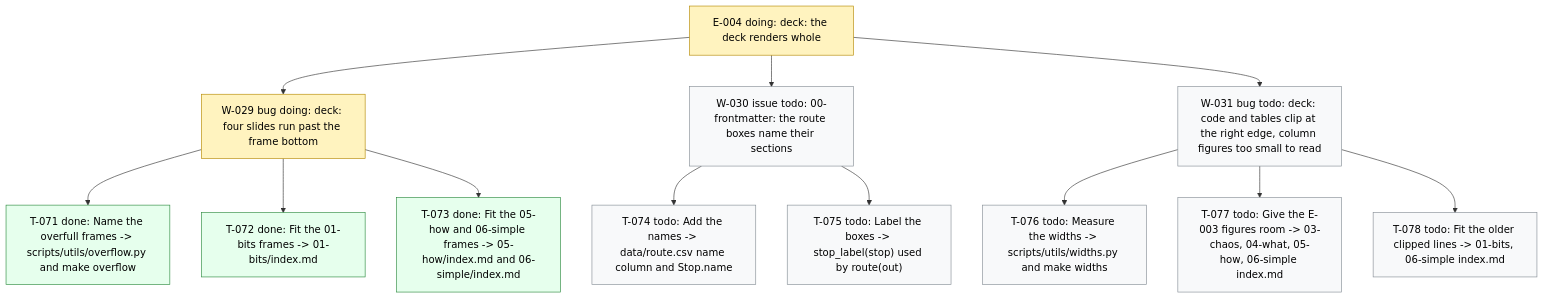
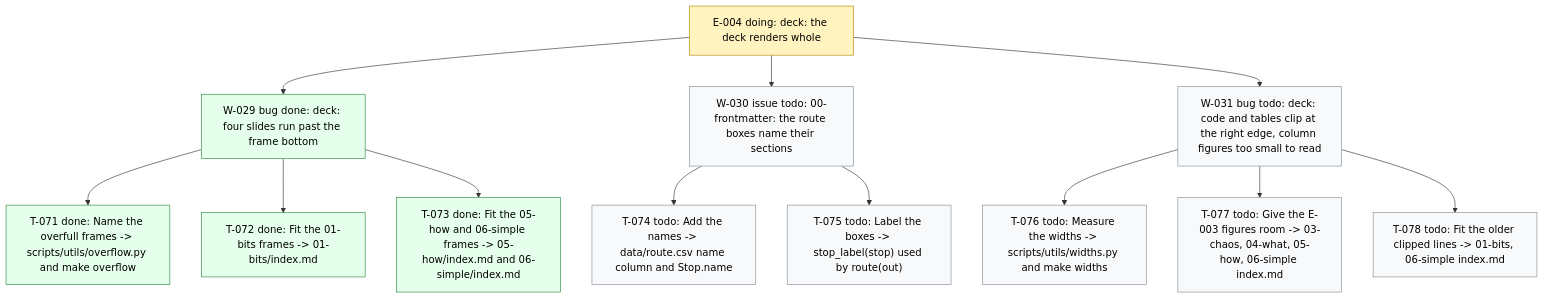
One commit to dpopchev/chaos-to-simple changed the diagram in .board/BOARD.md. Above: the diagram before and after it, drawn with Mermaid. The commit also changed other lines of this file and 1 other file, not shown here.

Commit message:
chore(board): close W-029 -- landed
Refs: W-029

````diff
--- a/.board/BOARD.md
+++ b/.board/BOARD.md
@@ -193,23 +193,23 @@
 ```mermaid
 flowchart TD
   E004["E-004 doing: deck: the deck renders whole"]
-  E004 --> W029["W-029 bug doing: deck: four slides run past the frame bottom"]
+  E004 --> W029["W-029 bug done: deck: four slides run past the frame bottom"]
   W029 --> T071["T-071 done: Name the overfull frames -> scripts/utils/overflow.py and make overflow"]
   W029 --> T072["T-072 done: Fit the 01-bits frames -> 01-bits/index.md"]
   W029 --> T073["T-073 done: Fit the 05-how and 06-simple frames -> 05-how/index.md and 06-simple/index.md"]
   E004 --> W030["W-030 issue todo: 00-frontmatter: the route boxes name their sections"]
   W030 --> T074["T-074 todo: Add the names -> data/route.csv name column and Stop.name"]
   W030 --> T075["T-075 todo: Label the boxes -> stop_label(stop) used by route(out)"]
   E004 --> W031["W-031 bug todo: deck: code and tables clip at the right edge, column figures too small to read"]
   W031 --> T076["T-076 todo: Measure the widths -> scripts/utils/widths.py and make widths"]
   W031 --> T077["T-077 todo: Give the E-003 figures room -> 03-chaos, 04-what, 05-how, 06-simple index.md"]
   W031 --> T078["T-078 todo: Fit the older clipped lines -> 01-bits, 06-simple index.md"]
   classDef doing fill:#fff3bf,stroke:#b58900,color:#000;
   classDef blocked fill:#ffe3e3,stroke:#c92a2a,color:#000;
   classDef done fill:#e6ffed,stroke:#2b8a3e,color:#000;
   classDef todo fill:#f8f9fa,stroke:#868e96,color:#000;
   classDef pruned fill:#f1f3f5,stroke:#adb5bd,color:#000;
-  class E004,W029 doing
-  class T071,T072,T073 done
+  class E004 doing
+  class W029,T071,T072,T073 done
   class W030,T074,T075,W031,T076,T077,T078 todo
 ```
````
